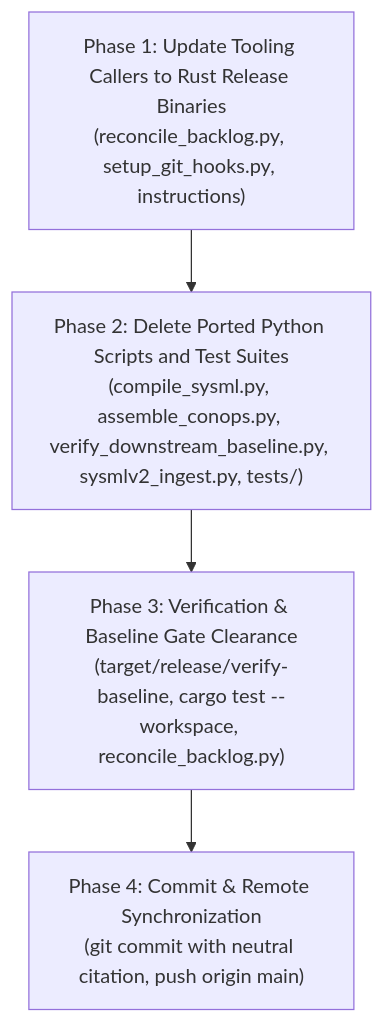
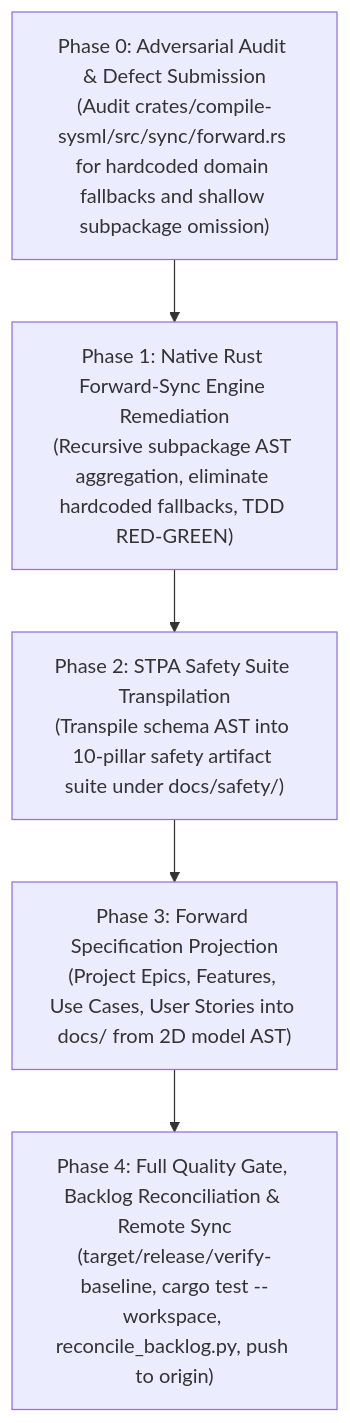
The diagram in implementation_plan.md (gintatkinson/dumpiler-01), drawn with Mermaid before and after one commit. The commit also changed other lines of this file and 95 other files, not shown here.

Commit message:
feat(specs): forward-project specifications and transpile STPA safety suite (refs #9)

````diff
--- a/implementation_plan.md
+++ b/implementation_plan.md
@@ -28,11 +28,13 @@
 ```mermaid
 flowchart TD
-    P1["Phase 1: Update Tooling Callers to Rust Release Binaries<br/>(reconcile_backlog.py, setup_git_hooks.py, instructions)"]
-    P2["Phase 2: Delete Ported Python Scripts and Test Suites<br/>(compile_sysml.py, assemble_conops.py, verify_downstream_baseline.py, sysmlv2_ingest.py, tests/)"]
-    P3["Phase 3: Verification & Baseline Gate Clearance<br/>(target/release/verify-baseline, cargo test --workspace, reconcile_backlog.py)"]
-    P4["Phase 4: Commit & Remote Synchronization<br/>(git commit with neutral citation, push origin main)"]
+    P0["Phase 0: Adversarial Audit & Defect Submission<br/>(Audit crates/compile-sysml/src/sync/forward.rs for hardcoded domain fallbacks and shallow subpackage omission)"]
+    P1["Phase 1: Native Rust Forward-Sync Engine Remediation<br/>(Recursive subpackage AST aggregation, eliminate hardcoded fallbacks, TDD RED-GREEN)"]
+    P2["Phase 2: STPA Safety Suite Transpilation<br/>(Transpile schema AST into 10-pillar safety artifact suite under docs/safety/)"]
+    P3["Phase 3: Forward Specification Projection<br/>(Project Epics, Features, Use Cases, User Stories into docs/ from 2D model AST)"]
+    P4["Phase 4: Full Quality Gate, Backlog Reconciliation & Remote Sync<br/>(target/release/verify-baseline, cargo test --workspace, reconcile_backlog.py, push to origin)"]
 
+    P0 --> P1
     P1 --> P2
     P2 --> P3
     P3 --> P4
 ```
````
